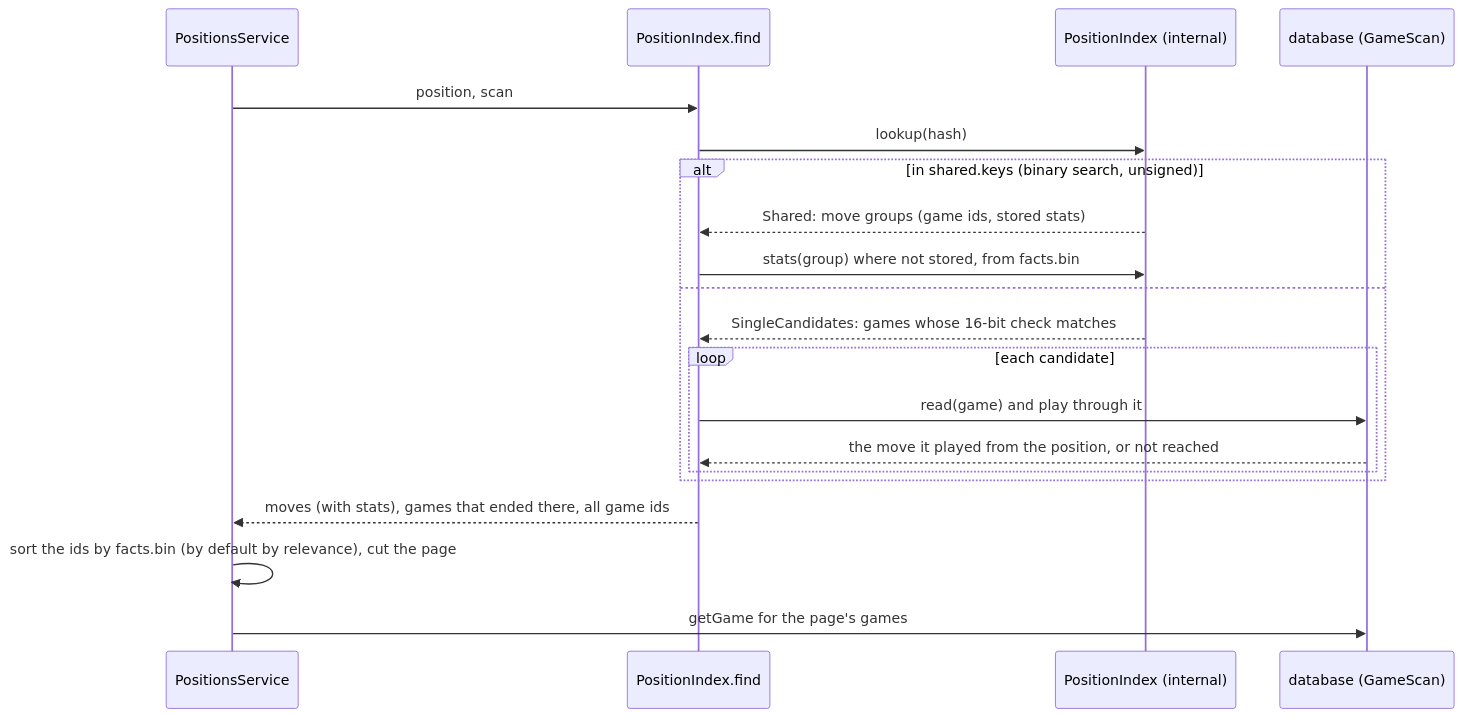
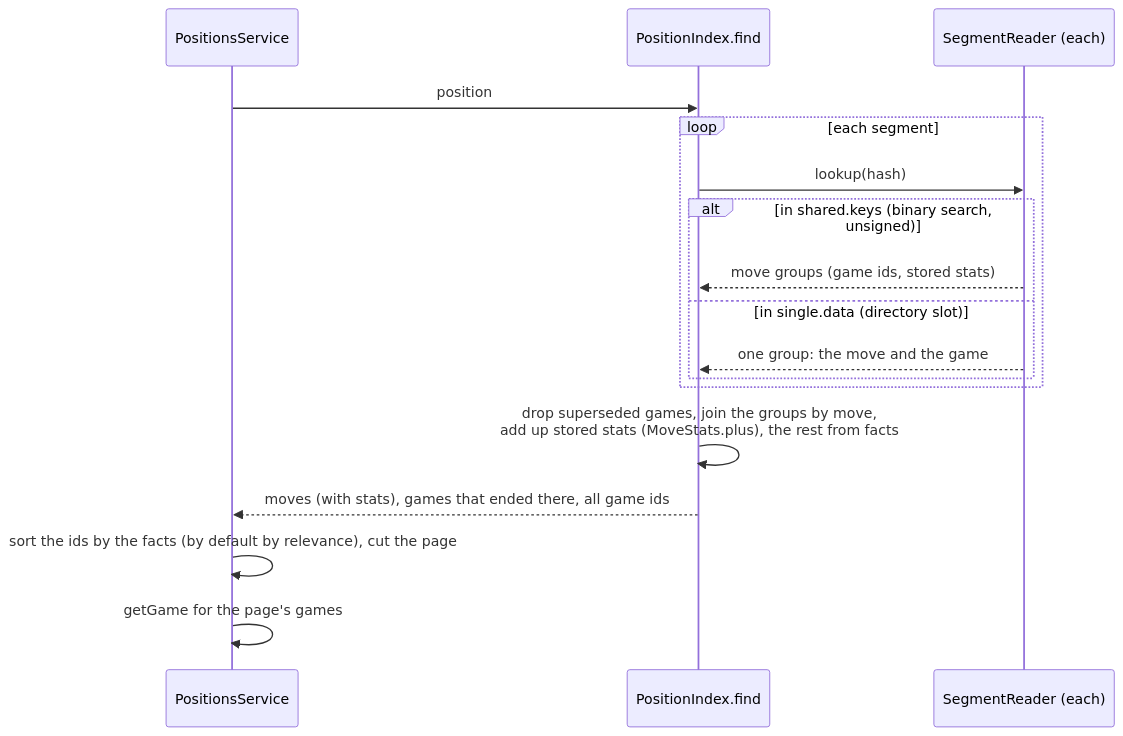
One commit to Yarin78/morphy changed the third of 5 diagrams in morphy-positions/docs/POSITION-INDEX.md. Above: the diagram before and after it, drawn with Mermaid. The commit also changed other lines of this file and 29 other files, not shown here.

First line of the commit message:
Keep a position index as immutable segments, updated and compacted

````diff
--- a/morphy-positions/docs/POSITION-INDEX.md
+++ b/morphy-positions/docs/POSITION-INDEX.md
@@ -166,22 +199,19 @@
 ```mermaid
 sequenceDiagram
   participant S as PositionsService
   participant G as PositionIndex.find
-  participant I as PositionIndex (internal)
-  participant D as database (GameScan)
-  S->>G: position, scan
-  G->>I: lookup(hash)
-  alt in shared.keys (binary search, unsigned)
-    I-->>G: Shared: move groups (game ids, stored stats)
-    G->>I: stats(group) where not stored, from facts.bin
-  else
-    I-->>G: SingleCandidates: games whose 16-bit check matches
-    loop each candidate
-      G->>D: read(game) and play through it
-      D-->>G: the move it played from the position, or not reached
+  participant R as SegmentReader (each)
+  S->>G: position
+  loop each segment
+    G->>R: lookup(hash)
+    alt in shared.keys (binary search, unsigned)
+      R-->>G: move groups (game ids, stored stats)
+    else in single.data (directory slot)
+      R-->>G: one group: the move and the game
     end
   end
+  G->>G: drop superseded games, join the groups by move,<br/>add up stored stats (MoveStats.plus), the rest from facts
   G-->>S: moves (with stats), games that ended there, all game ids
-  S->>S: sort the ids by facts.bin (by default by relevance), cut the page
-  S->>D: getGame for the page's games
+  S->>S: sort the ids by the facts (by default by relevance), cut the page
+  S->>S: getGame for the page's games
 ```
````
